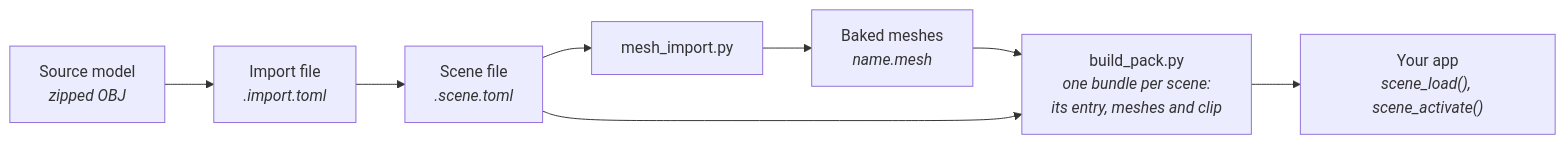
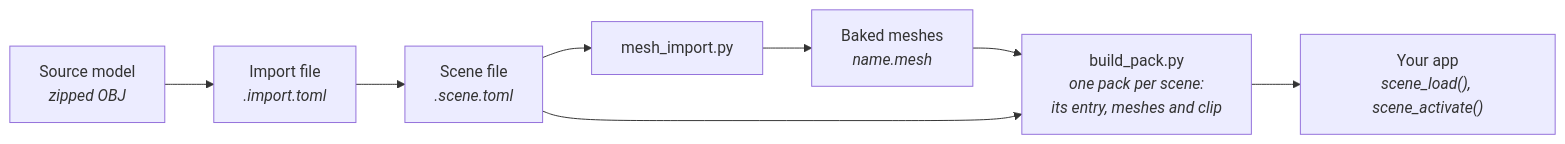
One commit to jose-villegas/autana changed the diagram in docs/render/Building-a-Scene.md. Above: the diagram before and after it, drawn with Mermaid. The commit also changed other lines of this file and 59 other files, not shown here.

````diff
--- a/docs/render/Building-a-Scene.md
+++ b/docs/render/Building-a-Scene.md
@@ -8,10 +8,10 @@
 ```mermaid
 flowchart LR
     Model["Source model<br/><i>zipped OBJ</i>"] --> Import["Import file<br/><i>.import.toml</i>"]
     Import --> Scene["Scene file<br/><i>.scene.toml</i>"]
     Scene --> Bake["mesh_import.py"]
     Bake --> Meshes["Baked meshes<br/><i>name.mesh</i>"]
-    Meshes --> Pack["build_pack.py<br/><i>one bundle per scene:<br/>its entry, meshes and clip</i>"]
+    Meshes --> Pack["build_pack.py<br/><i>one pack per scene:<br/>its entry, meshes and clip</i>"]
     Scene --> Pack
     Pack --> Draw["Your app<br/><i>scene_load(), scene_activate()</i>"]
 ```
````
